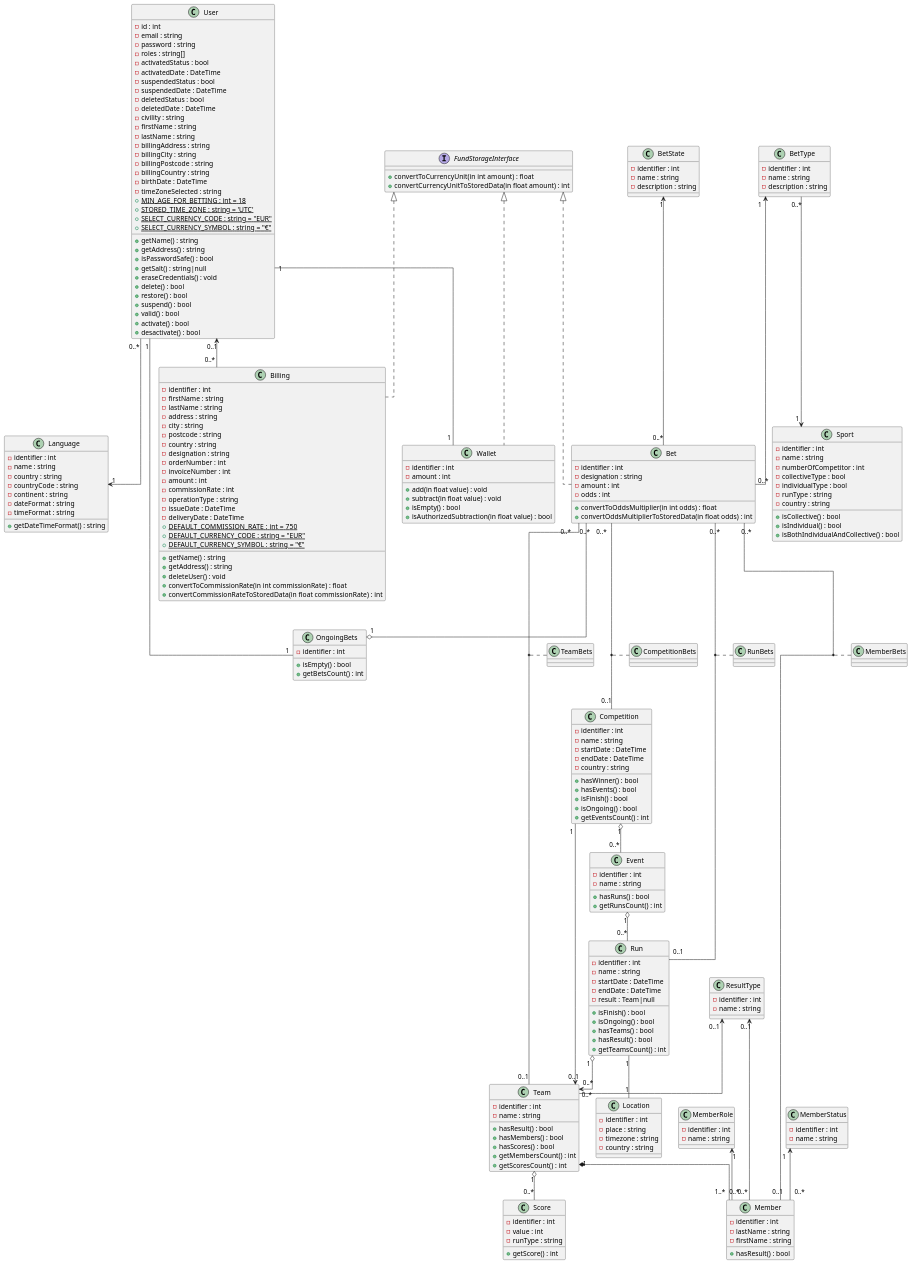
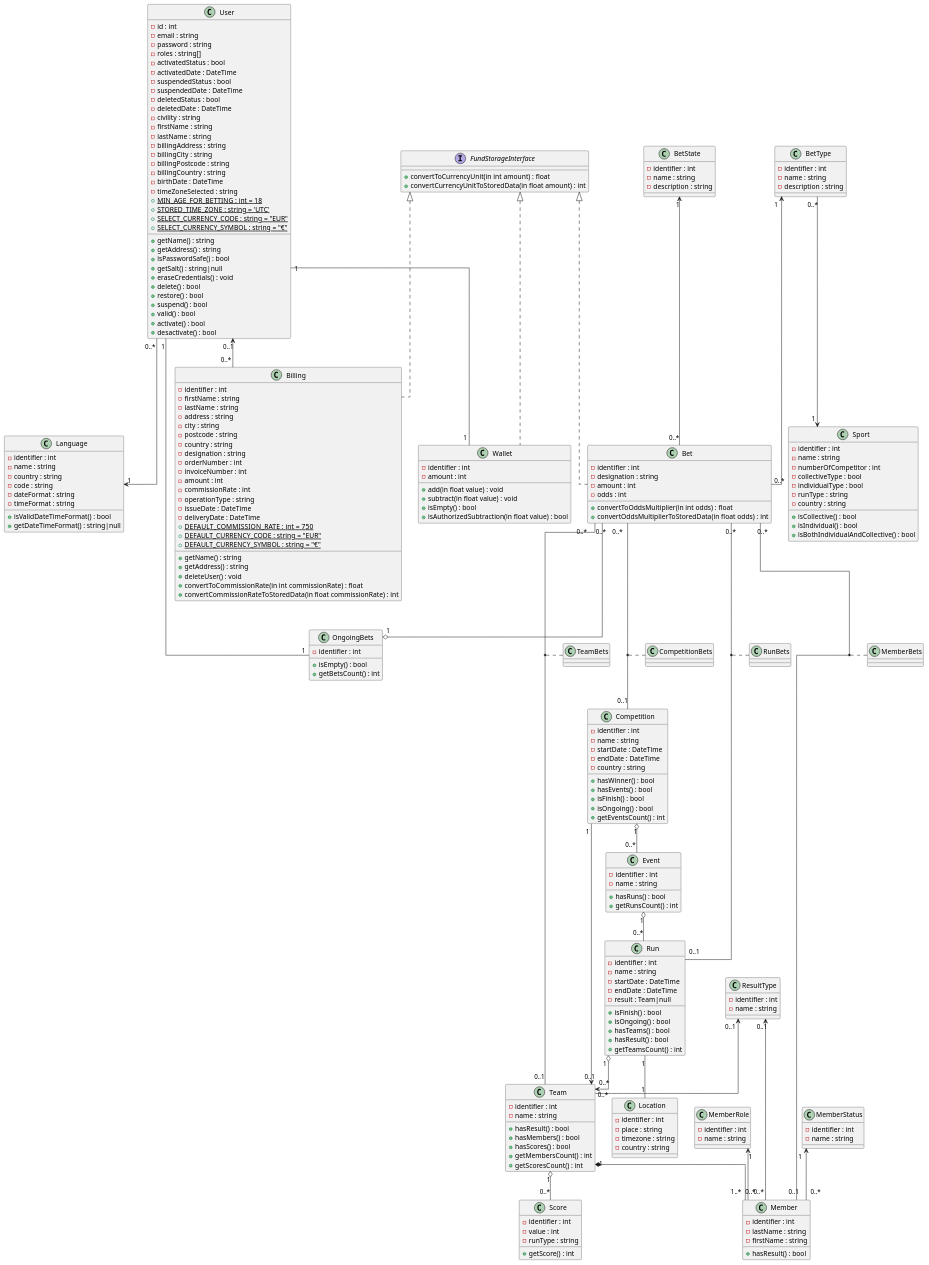
Before and after one commit to OFP-CDA-Mulhouse-2020/parisportif5: the diagram in docs/Uml/Diagramme_de_classe/Diagramme_de_classe.puml, drawn with PlantUML. The commit also changed 8 other files, not shown here.

```diff
--- a/docs/Uml/Diagramme_de_classe/Diagramme_de_classe.puml
+++ b/docs/Uml/Diagramme_de_classe/Diagramme_de_classe.puml
@@ -142,11 +142,11 @@
         -identifier : int
         -name : string
         -country : string
-        -countryCode : string
-        -continent : string
+        -code : string
         -dateFormat : string
         -timeFormat : string
-        +getDateTimeFormat() : string
+        +isValidDateTimeFormat() : bool
+        +getDateTimeFormat() : string|null
     }
     'Factures (type=débit ou crédit)
     class Billing {
```
